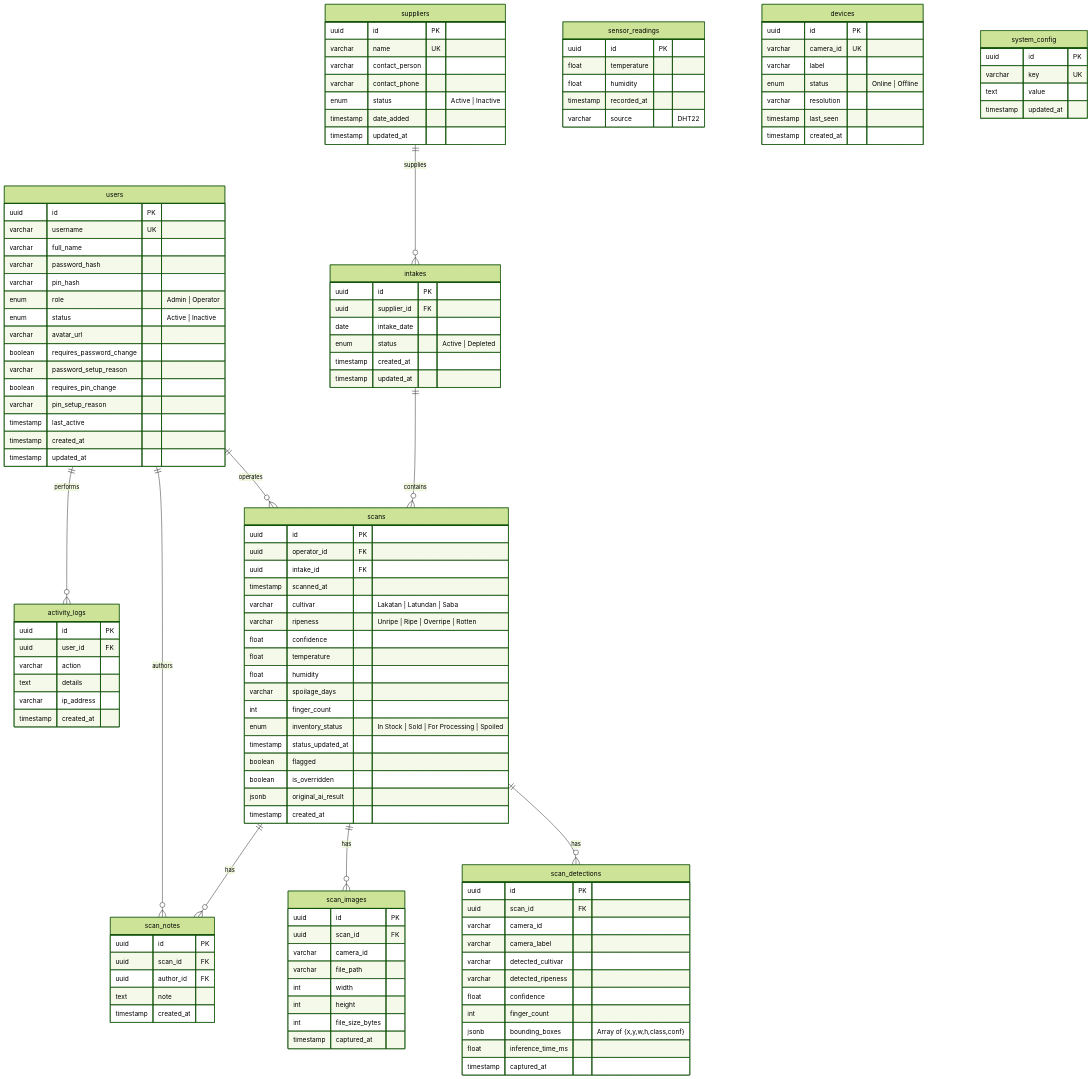
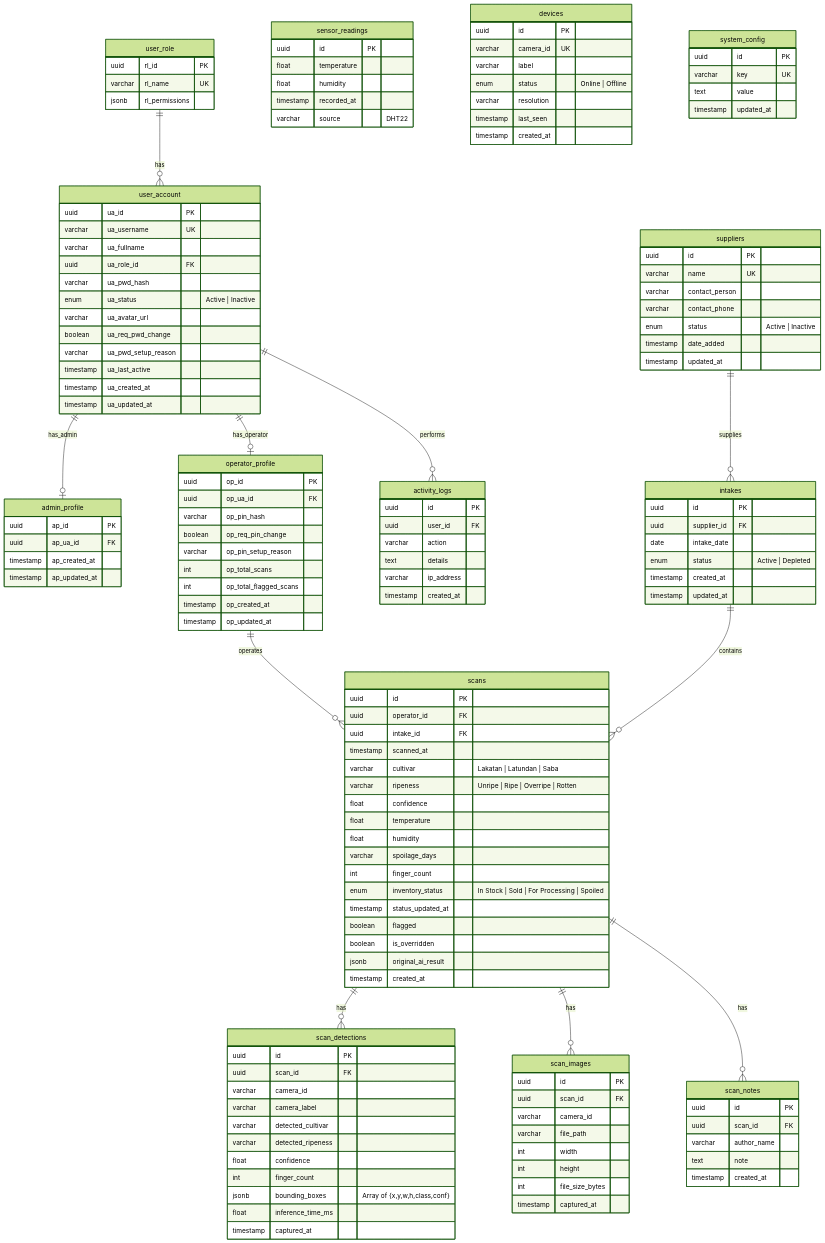
Before and after one commit to BlackShark404/BananaVision: the diagram in docs/backend_plan.md, drawn with Mermaid (forest theme). The commit also changed other lines of this file, not shown here.

Commit message:
docs: updated backend_plan.md to reflect new User schema

````diff
--- a/docs/backend_plan.md
+++ b/docs/backend_plan.md
@@ -228,21 +231,43 @@
 ```mermaid
 erDiagram
-    users {
-        uuid id PK
-        varchar username UK
-        varchar full_name
-        varchar password_hash
-        varchar pin_hash
-        enum role "Admin | Operator"
-        enum status "Active | Inactive"
-        varchar avatar_url
-        boolean requires_password_change
-        varchar password_setup_reason
-        boolean requires_pin_change
-        varchar pin_setup_reason
-        timestamp last_active
-        timestamp created_at
-        timestamp updated_at
+    user_role {
+        uuid rl_id PK
+        varchar rl_name UK
+        jsonb rl_permissions
+    }
+
+    user_account {
+        uuid ua_id PK
+        varchar ua_username UK
+        varchar ua_fullname
+        uuid ua_role_id FK
+        varchar ua_pwd_hash
+        enum ua_status "Active | Inactive"
+        varchar ua_avatar_url
+        boolean ua_req_pwd_change
+        varchar ua_pwd_setup_reason
+        timestamp ua_last_active
+        timestamp ua_created_at
+        timestamp ua_updated_at
+    }
+
+    admin_profile {
+        uuid ap_id PK
+        uuid ap_ua_id FK
+        timestamp ap_created_at
+        timestamp ap_updated_at
+    }
+
+    operator_profile {
+        uuid op_id PK
+        uuid op_ua_id FK
+        varchar op_pin_hash
+        boolean op_req_pin_change
+        varchar op_pin_setup_reason
+        int op_total_scans
+        int op_total_flagged_scans
+        timestamp op_created_at
+        timestamp op_updated_at
     }
 
     suppliers {
@@ -312,7 +337,7 @@
     scan_notes {
         uuid id PK
         uuid scan_id FK
-        uuid author_id FK
+        varchar author_name
         text note
         timestamp created_at
     }
@@ -351,9 +376,11 @@
         timestamp updated_at
     }
 
-    users ||--o{ scans : "operates"
-    users ||--o{ scan_notes : "authors"
-    users ||--o{ activity_logs : "performs"
+    user_role ||--o{ user_account : "has"
+    user_account ||--o| admin_profile : "has_admin"
+    user_account ||--o| operator_profile : "has_operator"
+    operator_profile ||--o{ scans : "operates"
+    user_account ||--o{ activity_logs : "performs"
     suppliers ||--o{ intakes : "supplies"
     intakes ||--o{ scans : "contains"
     scans ||--o{ scan_detections : "has"
````
